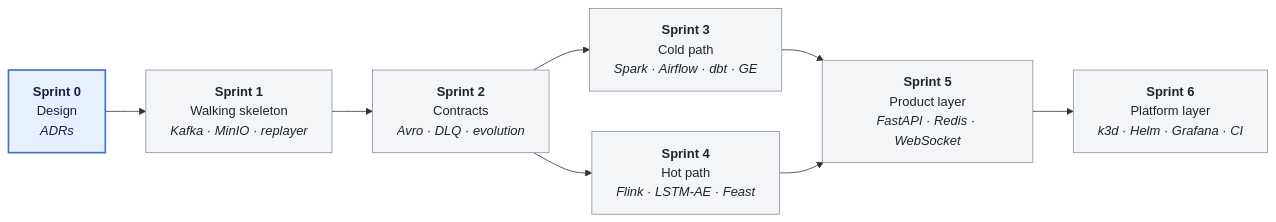
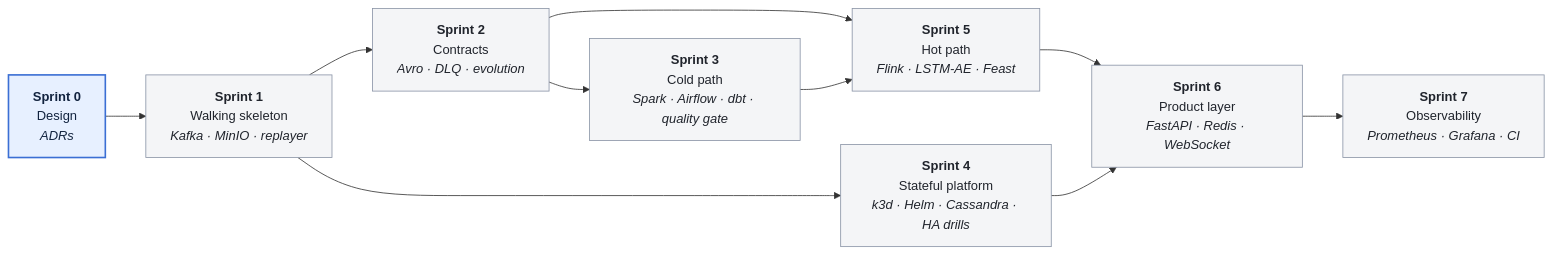
One commit to pqtrng/stream-lakehouse changed the second of 2 diagrams in README.md. Above: the diagram before and after it, drawn with Mermaid. The commit also changed other lines of this file and 1 other file, not shown here.

````diff
--- a/README.md
+++ b/README.md
@@ -179,18 +216,21 @@
 ```mermaid
 flowchart LR
     S0["<b>Sprint 0</b><br/>Design<br/><i>ADRs</i>"]
     S1["<b>Sprint 1</b><br/>Walking skeleton<br/><i>Kafka · MinIO · replayer</i>"]
     S2["<b>Sprint 2</b><br/>Contracts<br/><i>Avro · DLQ · evolution</i>"]
-    S3["<b>Sprint 3</b><br/>Cold path<br/><i>Spark · Airflow · dbt · GE</i>"]
-    S4["<b>Sprint 4</b><br/>Hot path<br/><i>Flink · LSTM-AE · Feast</i>"]
-    S5["<b>Sprint 5</b><br/>Product layer<br/><i>FastAPI · Redis · WebSocket</i>"]
-    S6["<b>Sprint 6</b><br/>Platform layer<br/><i>k3d · Helm · Grafana · CI</i>"]
+    S3["<b>Sprint 3</b><br/>Cold path<br/><i>Spark · Airflow · dbt · quality gate</i>"]
+    S4["<b>Sprint 4</b><br/>Stateful platform<br/><i>k3d · Helm · Cassandra · HA drills</i>"]
+    S5["<b>Sprint 5</b><br/>Hot path<br/><i>Flink · LSTM-AE · Feast</i>"]
+    S6["<b>Sprint 6</b><br/>Product layer<br/><i>FastAPI · Redis · WebSocket</i>"]
+    S7["<b>Sprint 7</b><br/>Observability<br/><i>Prometheus · Grafana · CI</i>"]
 
-    S0 --> S1 --> S2 --> S3 --> S5 --> S6
-    S2 --> S4 --> S5
+    S0 --> S1 --> S2 --> S3
+    S2 --> S5
+    S3 --> S5 --> S6 --> S7
+    S1 --> S4 --> S6
 
     classDef active fill:#e7f0ff,stroke:#3b6fd4,stroke-width:2px,color:#12233f
     classDef todo fill:#f4f5f7,stroke:#8a94a6,stroke-width:1px,color:#20242c
     class S0 active
-    class S1,S2,S3,S4,S5,S6 todo
+    class S1,S2,S3,S4,S5,S6,S7 todo
 ```
````
